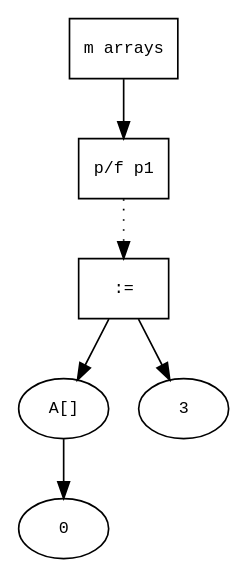
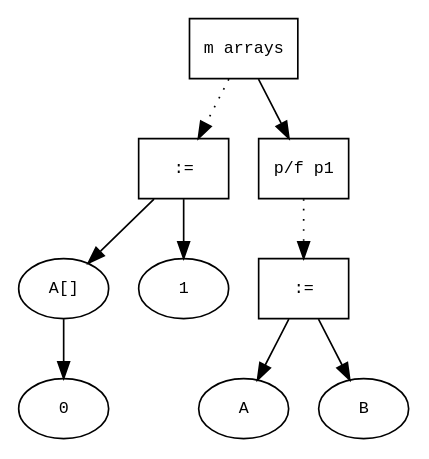
Before and after one commit to Kedia94/Compiler_2016sp: the diagram in 3.Semantic.Analysis/snuplc/mod.mod.ast.dot, drawn with Graphviz. The commit also changed 16 other files, not shown here.

```diff
--- a/3.Semantic.Analysis/snuplc/mod.mod.ast.dot
+++ b/3.Semantic.Analysis/snuplc/mod.mod.ast.dot
@@ -1,17 +1,23 @@
 digraph AST {
   graph [fontname="Times New Roman",fontsize=10];
   node  [fontname="Courier New",fontsize=10];
   edge  [fontname="Times New Roman",fontsize=10];
 
   node0 [label="m arrays",shape=box];
-  node2 [label="p/f p1",shape=box];
-  node6 [label=":=",shape=box];
-  node3 [label="A[]",shape=ellipse];
-  node4 [label="0",shape=ellipse];
-  node3-> node4;
-  node6->node3;
-  node5 [label="3",shape=ellipse];
-  node6->node5;
-  node2 -> node6 [style=dotted];
-  node0 -> node2;
+  node12 [label=":=",shape=box];
+  node9 [label="A[]",shape=ellipse];
+  node10 [label="0",shape=ellipse];
+  node9-> node10;
+  node12->node9;
+  node11 [label="1",shape=ellipse];
+  node12->node11;
+  node0 -> node12 [style=dotted];
+  node5 [label="p/f p1",shape=box];
+  node8 [label=":=",shape=box];
+  node6 [label="A",shape=ellipse];
+  node8->node6;
+  node7 [label="B",shape=ellipse];
+  node8->node7;
+  node5 -> node8 [style=dotted];
+  node0 -> node5;
 }
```
